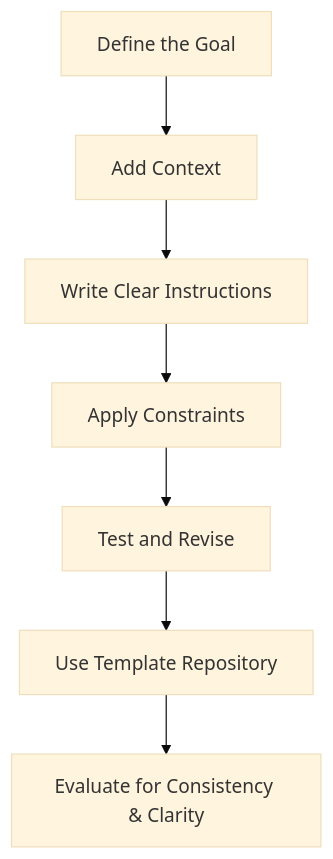
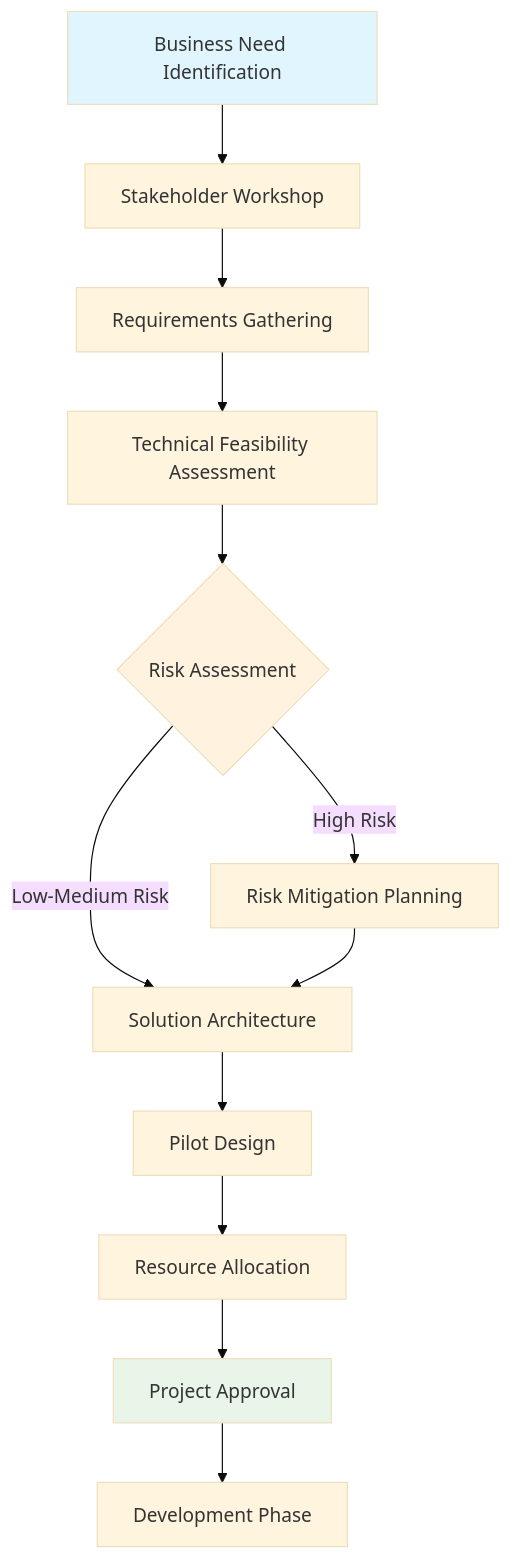
The diagram in User-Guides/enterprise-prompt-engineering-handbook.md (CRollins6020/CRollins6020), drawn with Mermaid (base theme) before and after one commit. The commit also changed other lines of this file, not shown here.

````diff
--- a/User-Guides/enterprise-prompt-engineering-handbook.md
+++ b/User-Guides/enterprise-prompt-engineering-handbook.md
@@ -158,9 +517,18 @@
 ```mermaid
-flowchart TD
-    A[Define the Goal] --> B[Add Context]
-    B --> C[Write Clear Instructions]
-    C --> D[Apply Constraints]
-    D --> E[Test and Revise]
-    E --> F[Use Template Repository]
-    F --> G[Evaluate for Consistency & Clarity]
+graph TD
+    A[Business Need Identification] --> B[Stakeholder Workshop]
+    B --> C[Requirements Gathering]
+    C --> D[Technical Feasibility Assessment]
+    D --> E{Risk Assessment}
+    E -->|High Risk| F[Risk Mitigation Planning]
+    E -->|Low-Medium Risk| G[Solution Architecture]
+    F --> G
+    G --> H[Pilot Design]
+    H --> I[Resource Allocation]
+    I --> J[Project Approval]
+    J --> K[Development Phase]
+    
+    style A fill:#e1f5fe
+    style E fill:#fff3e0
+    style J fill:#e8f5e8
 ```
````
